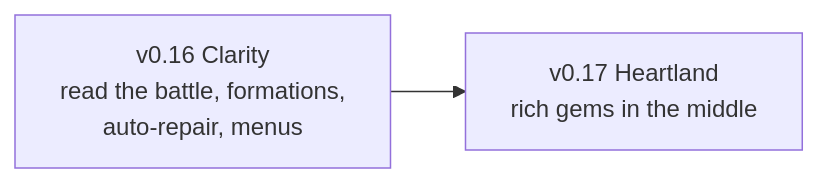
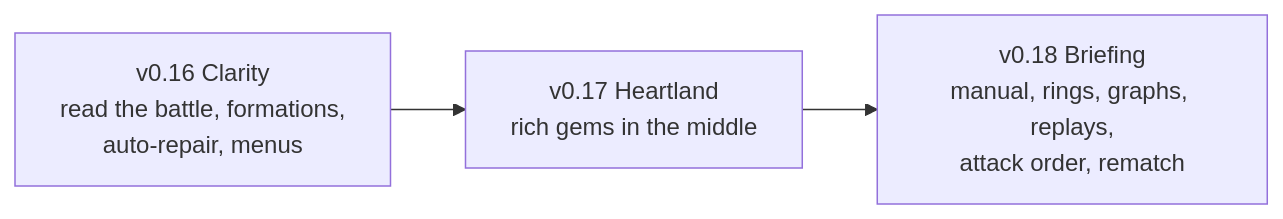
Before and after one commit to CoolCoder353/WAR-2D: the diagram in docs/roadmap.md, drawn with Mermaid. The commit also changed other lines of this file and 3 other files, not shown here.

First line of the commit message:
Plan v0.18 Briefing: design spec, Figma brief and roadmap entry

````diff
--- a/docs/roadmap.md
+++ b/docs/roadmap.md
@@ -20,4 +21,5 @@
 ```mermaid
 flowchart LR
     v016[v0.16 Clarity<br/>read the battle, formations,<br/>auto-repair, menus] --> v017[v0.17 Heartland<br/>rich gems in the middle]
+    v017 --> v018[v0.18 Briefing<br/>manual, rings, graphs, replays,<br/>attack order, rematch]
 ```
````
